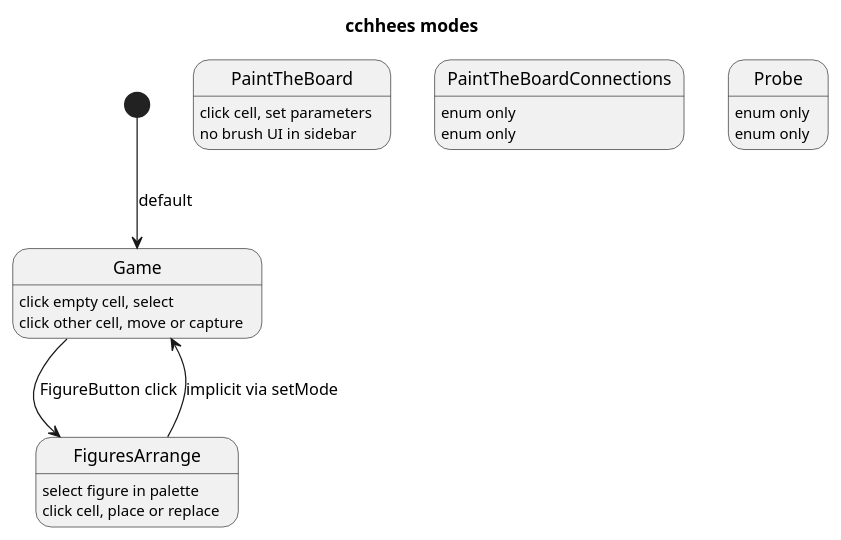
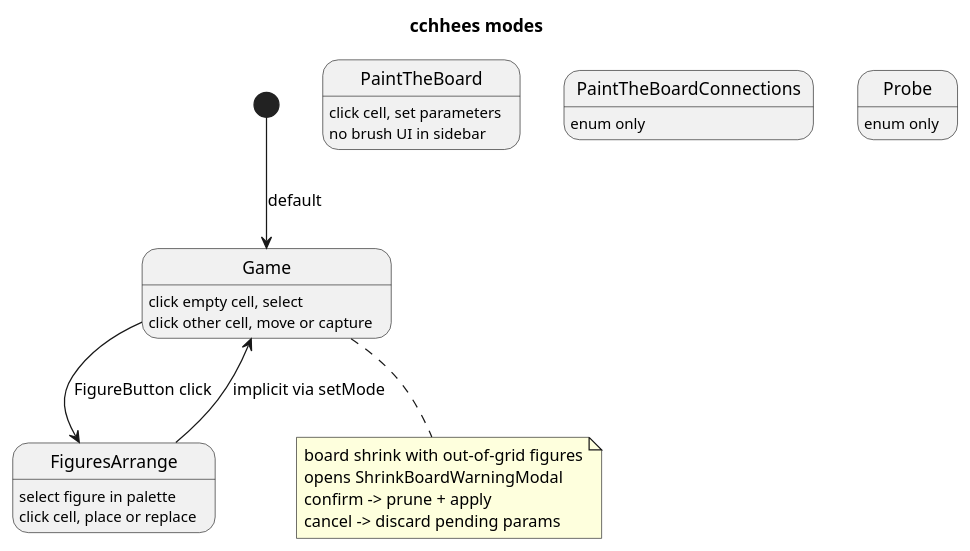
One commit to namenameemail/cchhees changed the fourth of 4 diagrams in docs/architecture.puml. Above: the diagram before and after it, drawn with PlantUML. The commit also changed other lines of this file and 45 other files, not shown here.

```diff
--- a/docs/architecture.puml
+++ b/docs/architecture.puml
@@ -171,41 +343,40 @@
 @startuml cchhees-state-machine
 
 title cchhees modes
 
 [*] --> Game : default
 
 state Game {
   Game : click empty cell, select
   Game : click other cell, move or capture
 }
 
 state FiguresArrange {
   FiguresArrange : select figure in palette
   FiguresArrange : click cell, place or replace
 }
 
 state PaintTheBoard {
   PaintTheBoard : click cell, set parameters
   PaintTheBoard : no brush UI in sidebar
 }
 
 state PaintTheBoardConnections <<unused>> {
   PaintTheBoardConnections : enum only
 }
 
 state Probe <<unused>> {
   Probe : enum only
 }
 
-state PaintTheBoardConnections <<unused>> {
-  PaintTheBoardConnections : enum only
-}
-
-state Probe <<unused>> {
-  Probe : enum only
-}
-
 Game --> FiguresArrange : FigureButton click
 FiguresArrange --> Game : implicit via setMode
 
+note bottom of Game
+  board shrink with out-of-grid figures
+  opens ShrinkBoardWarningModal
+  confirm -> prune + apply
+  cancel -> discard pending params
+end note
+
 @enduml
```
